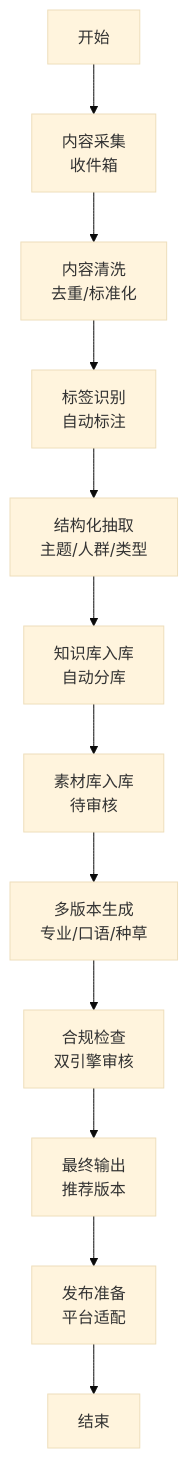
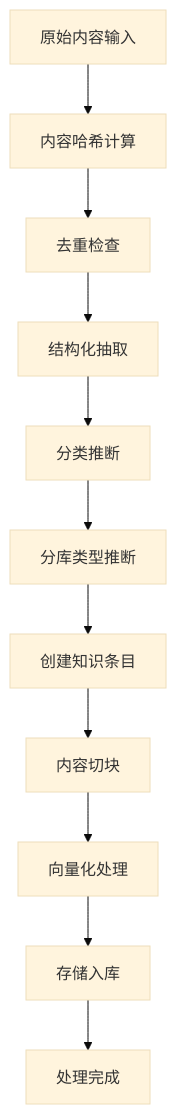
Before and after one commit to dream-ze/AI_huoke-: the fifth of 9 diagrams in .qoder/repowiki/zh/content/AI内容处理系统/AI内容处理系统.md, drawn with Mermaid (base theme). The commit also changed other lines of this file and 64 other files, not shown here.

````diff
--- a/.qoder/repowiki/zh/content/AI内容处理系统/AI内容处理系统.md
+++ b/.qoder/repowiki/zh/content/AI内容处理系统/AI内容处理系统.md
@@ -226,14 +335,13 @@
 ```mermaid
 flowchart TD
-START["开始"] --> COLLECT["内容采集<br/>收件箱"]
-COLLECT --> CLEAN["内容清洗<br/>去重/标准化"]
-CLEAN --> TAG["标签识别<br/>自动标注"]
-TAG --> STRUCT["结构化抽取<br/>主题/人群/类型"]
-STRUCT --> KNOW["知识库入库<br/>自动分库"]
-KNOW --> MATERIAL["素材库入库<br/>待审核"]
-MATERIAL --> GENERATE["多版本生成<br/>专业/口语/种草"]
-GENERATE --> COMPLIANCE["合规检查<br/>双引擎审核"]
-COMPLIANCE --> FINAL["最终输出<br/>推荐版本"]
-FINAL --> PUBLISH["发布准备<br/>平台适配"]
-PUBLISH --> END["结束"]
+INPUT["原始内容输入"] --> HASH["内容哈希计算"]
+HASH --> DUPE["去重检查"]
+DUPE --> EXTRACT["结构化抽取"]
+EXTRACT --> CATEGORY["分类推断"]
+CATEGORY --> LIBRARY["分库类型推断"]
+LIBRARY --> CREATE["创建知识条目"]
+CREATE --> CHUNK["内容切块"]
+CHUNK --> EMBED["向量化处理"]
+EMBED --> STORE["存储入库"]
+STORE --> DONE["处理完成"]
 ```
````
